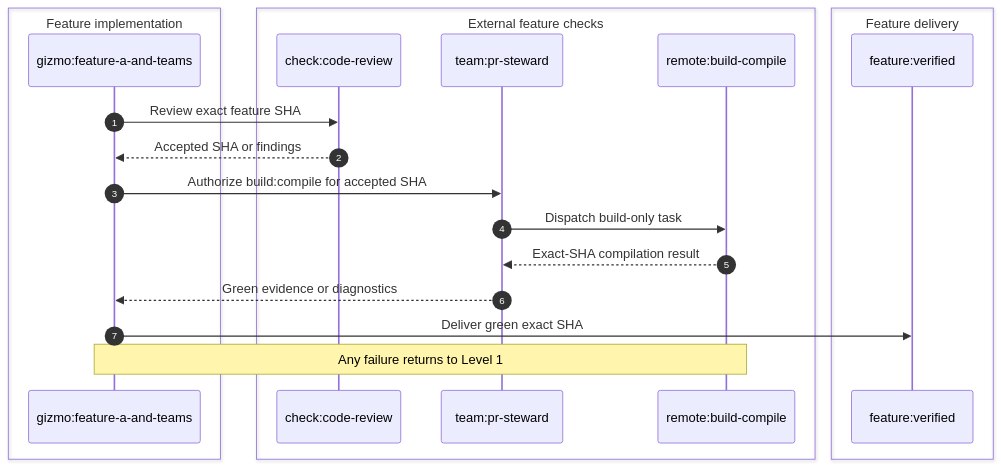
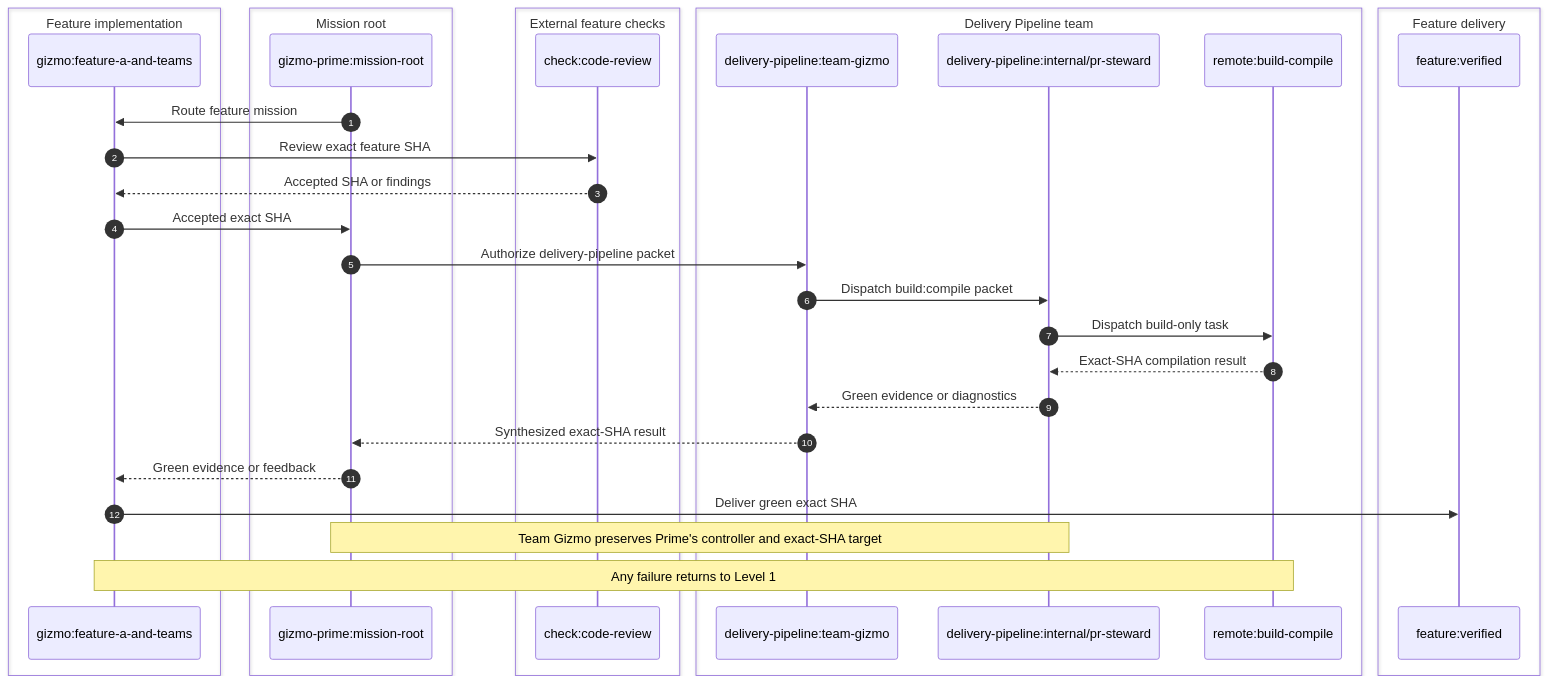
Before and after one commit to meta-secret/nook: the sixth of 12 diagrams in .cortex/gizmo/architecture/multiagent-delivery-diagrams.md, drawn with Mermaid. The commit also changed other lines of this file and 14 other files, not shown here.

Commit message:
docs: formalize delivery pipeline routing

````diff
--- a/.cortex/gizmo/architecture/multiagent-delivery-diagrams.md
+++ b/.cortex/gizmo/architecture/multiagent-delivery-diagrams.md
@@ -136,28 +203,42 @@
 ```mermaid
 sequenceDiagram
     autonumber
 
     box Feature implementation
         participant Feature as gizmo:feature-a-and-teams
     end
 
+    box Mission root
+        participant Prime as gizmo-prime:mission-root
+    end
+
     box External feature checks
         participant Review as check:code-review
-        participant Steward as team:pr-steward
+    end
+
+    box Delivery Pipeline team
+        participant Pipeline as delivery-pipeline:team-gizmo
+        participant Steward as delivery-pipeline:internal/pr-steward
         participant Build as remote:build-compile
     end
 
     box Feature delivery
         participant Delivery as feature:verified
     end
 
+    Prime->>Feature: Route feature mission
     Feature->>Review: Review exact feature SHA
     Review-->>Feature: Accepted SHA or findings
-    Feature->>Steward: Authorize build:compile for accepted SHA
+    Feature->>Prime: Accepted exact SHA
+    Prime->>Pipeline: Authorize delivery-pipeline packet
+    Pipeline->>Steward: Dispatch build:compile packet
     Steward->>Build: Dispatch build-only task
     Build-->>Steward: Exact-SHA compilation result
-    Steward-->>Feature: Green evidence or diagnostics
+    Steward-->>Pipeline: Green evidence or diagnostics
+    Pipeline-->>Prime: Synthesized exact-SHA result
+    Prime-->>Feature: Green evidence or feedback
     Feature->>Delivery: Deliver green exact SHA
 
+    Note over Prime,Steward: Team Gizmo preserves Prime's controller and exact-SHA target
     Note over Feature,Build: Any failure returns to Level 1
 ```
````
